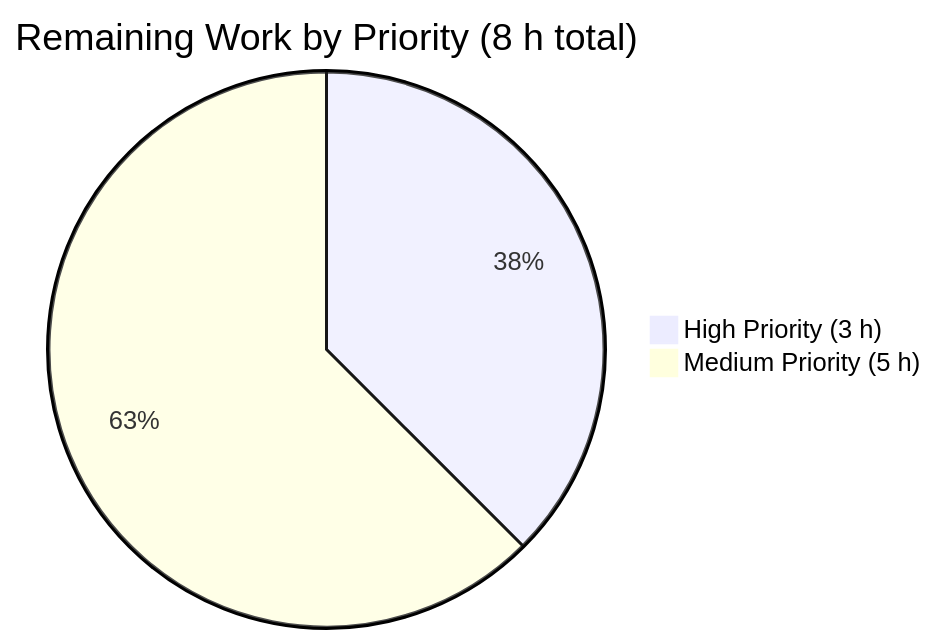
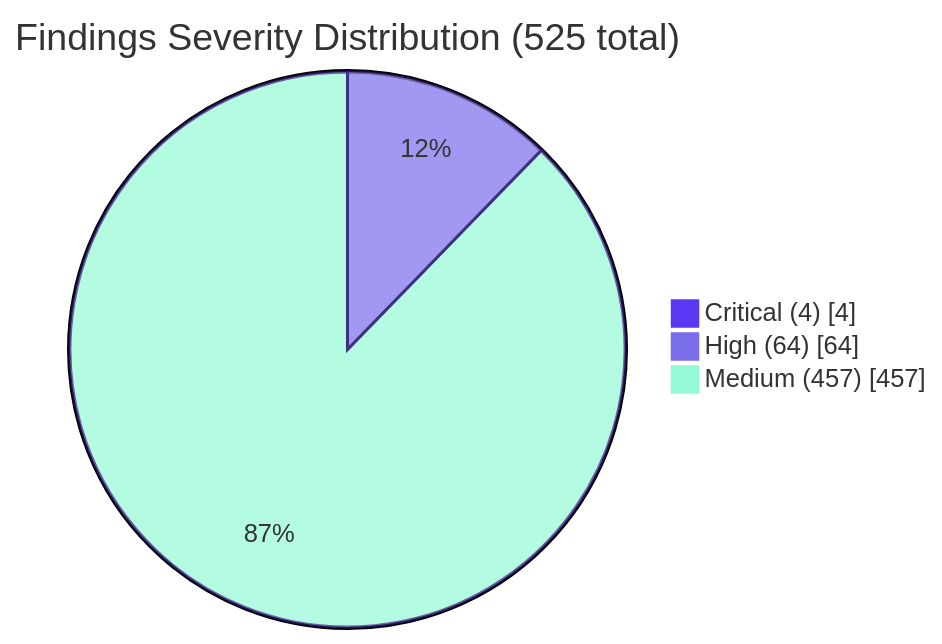
The third of 5 diagrams in blitzy/documentation/Project Guide.md (Blitzy-Sandbox/blitzy-odoo), drawn with Mermaid before and after one commit. The commit also changed other lines of this file, not shown here.

Commit message:
Adding Blitzy Project Guide: Project Status and Human Tasks Remaining

````diff
--- a/blitzy/documentation/Project Guide.md
+++ b/blitzy/documentation/Project Guide.md
@@ -260,5 +239,7 @@
 ```mermaid
-pie title Remaining Work by Priority (8 h total)
-    "High Priority (3 h)" : 3
-    "Medium Priority (5 h)" : 5
+%%{init: {'theme':'base','themeVariables':{'pie1':'#5B39F3','pie2':'#7A6DEC','pie3':'#94FAD5','pieStrokeColor':'#2D1C77'}}}%%
+pie showData title Findings Severity Distribution (525 total)
+    "Critical (4)" : 4
+    "High (64)" : 64
+    "Medium (457)" : 457
 ```
````
